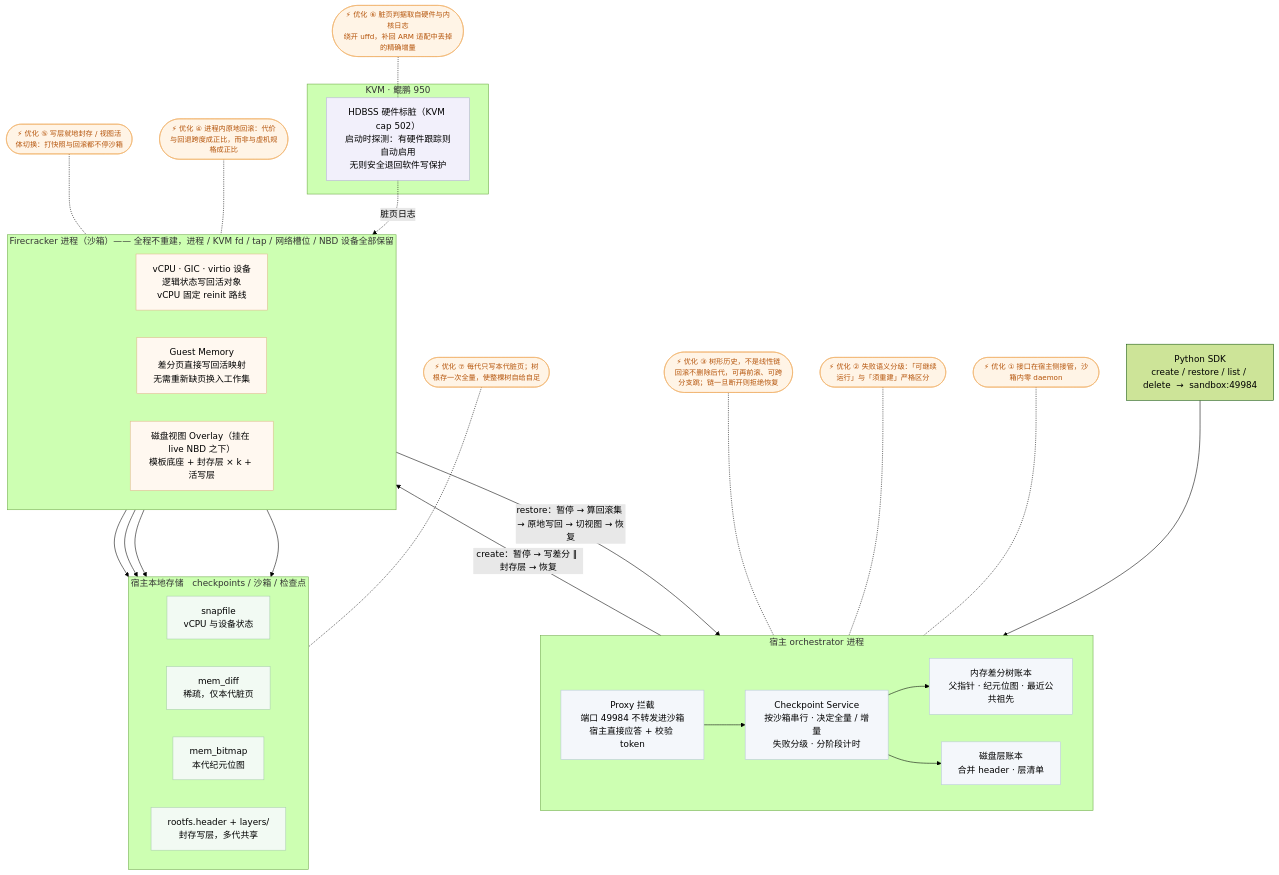
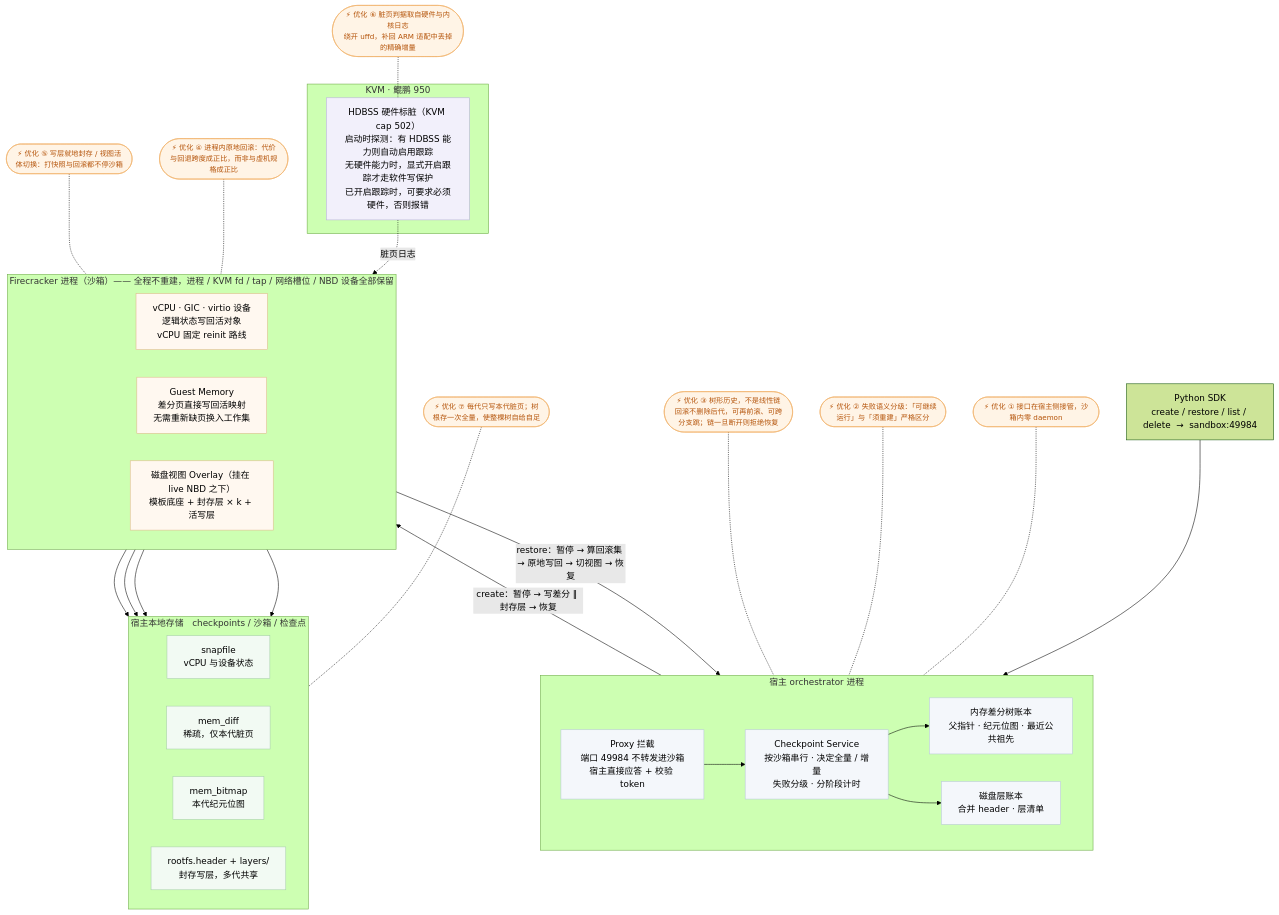
One commit to AustinJiangg/e2b-infra changed the diagram in rollback/diagrams/01-architecture.mmd. Above: the diagram before and after it, drawn with Mermaid (forest theme). The commit also changed 84 other files, not shown here.

````diff
--- a/rollback/diagrams/01-architecture.mmd
+++ b/rollback/diagrams/01-architecture.mmd
@@ -1,70 +1,70 @@
 %% E2B ARM Checkpoint / Restore —— 950 ext4 架构与优化点
 %% 渲染：slidev 内 ```mermaid 代码块，或任何支持 mermaid 的编辑器
 flowchart TB
     SDK["Python SDK<br/>create / restore / list / delete&nbsp;&nbsp;→&nbsp;&nbsp;sandbox:49984"]
 
     subgraph HOST["宿主 orchestrator 进程"]
         direction LR
         PX["Proxy 拦截<br/>端口 49984 不转发进沙箱<br/>宿主直接应答 + 校验 token"]
         SVC["Checkpoint Service<br/>按沙箱串行 · 决定全量 / 增量<br/>失败分级 · 分阶段计时"]
         LED["内存差分树账本<br/>父指针 · 纪元位图 · 最近公共祖先"]
         RLE["磁盘层账本<br/>合并 header · 层清单"]
         PX --> SVC
         SVC --> LED
         SVC --> RLE
     end
 
     subgraph FCP["Firecracker 进程（沙箱）—— 全程不重建，进程 / KVM fd / tap / 网络槽位 / NBD 设备全部保留"]
         direction LR
         VC["vCPU · GIC · virtio 设备<br/>逻辑状态写回活对象<br/>vCPU 固定 reinit 路线"]
         MEM["Guest Memory<br/>差分页直接写回活映射<br/>无需重新缺页换入工作集"]
         DSK["磁盘视图 Overlay（挂在 live NBD 之下）<br/>模板底座 + 封存层 × k + 活写层"]
     end
 
     subgraph HW["KVM · 鲲鹏 950"]
-        HD["HDBSS 硬件标脏（KVM cap 502）<br/>启动时探测：有硬件跟踪则自动启用<br/>无则安全退回软件写保护"]
+        HD["HDBSS 硬件标脏（KVM cap 502）<br/>启动时探测：有 HDBSS 能力则自动启用跟踪<br/>无硬件能力时，显式开启跟踪才走软件写保护<br/>已开启跟踪时，可要求必须硬件，否则报错"]
     end
 
     subgraph STO["宿主本地存储　checkpoints / 沙箱 / 检查点"]
         direction LR
         F1["snapfile<br/>vCPU 与设备状态"]
         F2["mem_diff<br/>稀疏，仅本代脏页"]
         F3["mem_bitmap<br/>本代纪元位图"]
         F4["rootfs.header + layers/<br/>封存写层，多代共享"]
     end
 
     SDK --> PX
     SVC -- "create：暂停 → 写差分 ‖ 封存层 → 恢复" --> FCP
     FCP -- "restore：暂停 → 算回滚集 → 原地写回 → 切视图 → 恢复" --> SVC
     HD -. "脏页日志" .-> MEM
     MEM --> F2
     MEM --> F3
     VC --> F1
     DSK --> F4
 
     O1(["⚡ 优化 ① 接口在宿主侧接管，沙箱内零 daemon"])
     O2(["⚡ 优化 ② 失败语义分级：「可继续运行」与「须重建」严格区分"])
     O3(["⚡ 优化 ③ 树形历史，不是线性链<br/>回滚不删除后代，可再前滚、可跨分支跳；链一旦断开则拒绝恢复"])
     O4(["⚡ 优化 ④ 进程内原地回滚：代价与回退跨度成正比，而非与虚机规格成正比"])
     O5(["⚡ 优化 ⑤ 写层就地封存 / 视图活体切换：打快照与回滚都不停沙箱"])
     O6(["⚡ 优化 ⑥ 脏页判据取自硬件与内核日志<br/>绕开 uffd，补回 ARM 适配中丢掉的精确增量"])
     O7(["⚡ 优化 ⑦ 每代只写本代脏页；树根存一次全量，使整棵树自给自足"])
 
     O1 -.- PX
     O2 -.- SVC
     O3 -.- LED
     O4 -.- MEM
     O5 -.- DSK
     O6 -.- HD
     O7 -.- F2
 
     classDef opt fill:#fff4e6,stroke:#f0b26b,color:#b45309,font-size:13px
     classDef host fill:#f4f7fb,stroke:#b9c8db
     classDef fc fill:#fff8f0,stroke:#e0b98a
     classDef hw fill:#f2f0fb,stroke:#b8aede
     classDef sto fill:#f2faf3,stroke:#a8ceac
     class O1,O2,O3,O4,O5,O6,O7 opt
     class PX,SVC,LED,RLE host
     class VC,MEM,DSK fc
     class HD hw
     class F1,F2,F3,F4 sto
````
